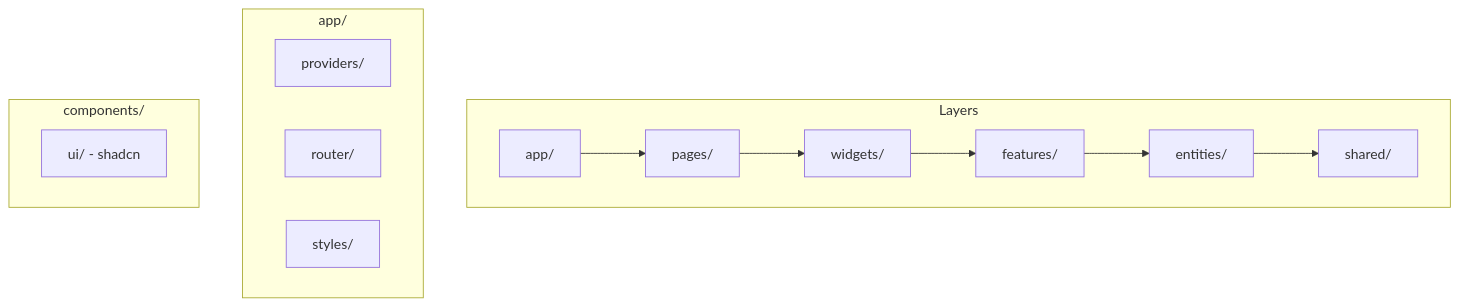
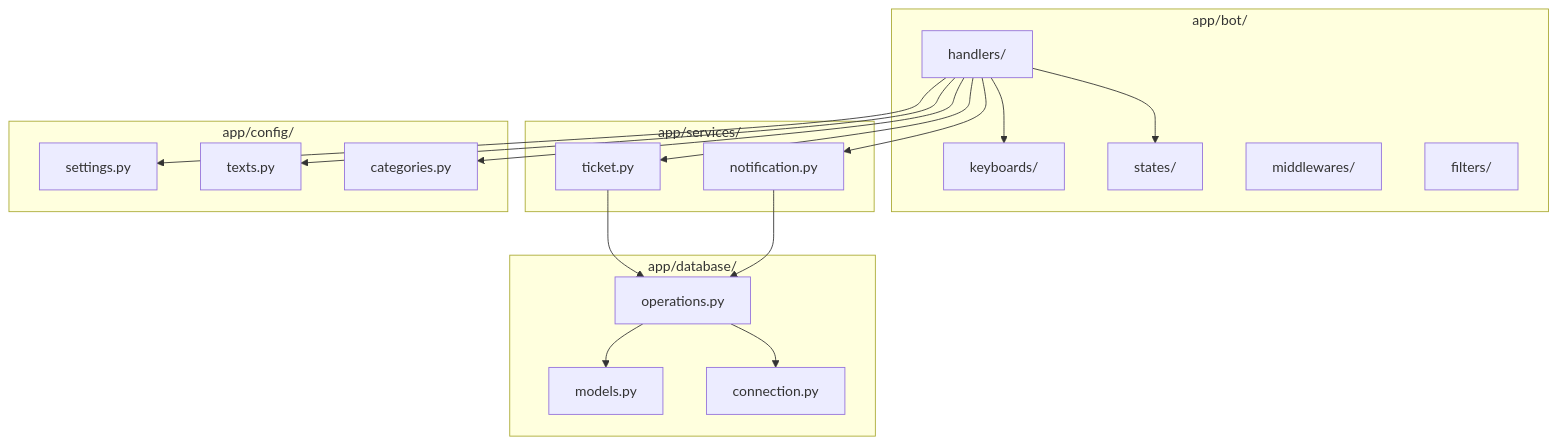
One commit to valeriabolshaeva-ux/nakama-support-bot changed the fifth of 8 diagrams in docs/architecture.md. Above: the diagram before and after it, drawn with Mermaid. The commit also changed other lines of this file and 82 other files, not shown here.

First line of the commit message:
Add Telegram Support Bot with all features

````diff
--- a/docs/architecture.md
+++ b/docs/architecture.md
@@ -75,27 +137,39 @@
 ```mermaid
 graph TD
-    subgraph "Layers"
-        APP[app/]
-        PAGES[pages/]
-        WIDGETS[widgets/]
-        FEATURES[features/]
-        ENTITIES[entities/]
-        SHARED[shared/]
+    subgraph "app/bot/"
+        H[handlers/]
+        K[keyboards/]
+        S[states/]
+        M[middlewares/]
+        F[filters/]
     end
     
-    APP --> PAGES
-    PAGES --> WIDGETS
-    WIDGETS --> FEATURES
-    FEATURES --> ENTITIES
-    ENTITIES --> SHARED
-    
-    subgraph "app/"
-        PROVIDERS[providers/]
-        ROUTER[router/]
-        STYLES[styles/]
+    subgraph "app/database/"
+        MOD[models.py]
+        OPS[operations.py]
+        CON[connection.py]
     end
     
-    subgraph "components/"
-        UI[ui/ - shadcn]
+    subgraph "app/services/"
+        TS[ticket.py]
+        NS[notification.py]
     end
+    
+    subgraph "app/config/"
+        SET[settings.py]
+        TXT[texts.py]
+        CAT[categories.py]
+    end
+    
+    H --> K
+    H --> S
+    H --> TS
+    H --> NS
+    TS --> OPS
+    NS --> OPS
+    OPS --> MOD
+    OPS --> CON
+    H --> TXT
+    H --> CAT
+    H --> SET
 ```
````
